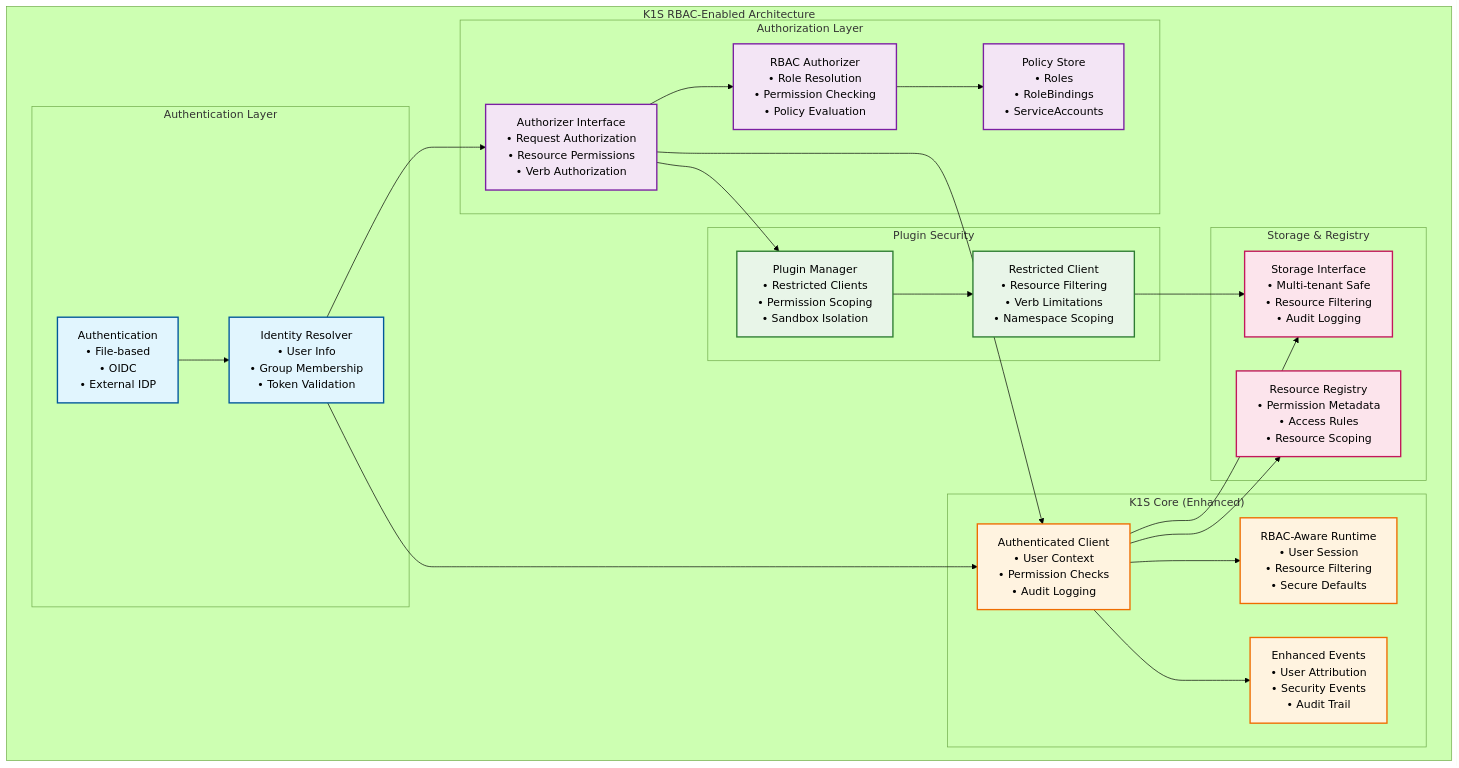
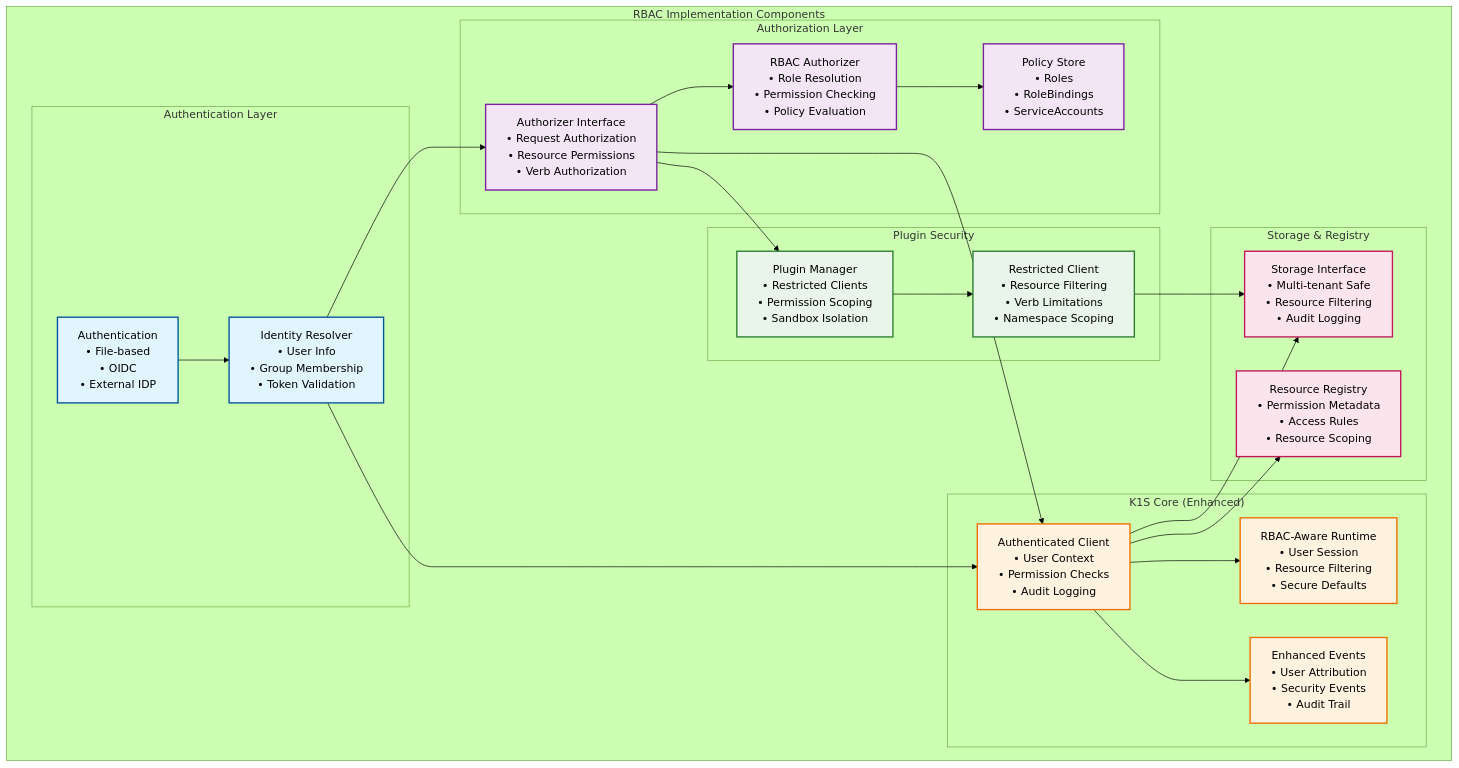
Before and after one commit to dtomasi/k1s: the diagram in docs/RBAC-Architecture.md, drawn with Mermaid (forest theme). The commit also changed other lines of this file and 1 other file, not shown here.

Commit message:
chore(architecture): Integrate RBAC into overall architecture Signed-off-by: Dominik Tomasi <dominik.tomasi@gmail.com>

````diff
--- a/docs/RBAC-Architecture.md
+++ b/docs/RBAC-Architecture.md
@@ -39,67 +43,67 @@
 ```mermaid
 graph TB
-    subgraph "K1S RBAC-Enabled Architecture"
+    subgraph "RBAC Implementation Components"
         subgraph "Authentication Layer"
             AUTH[Authentication<br/>• File-based<br/>• OIDC<br/>• External IDP]
             IDENTITY[Identity Resolver<br/>• User Info<br/>• Group Membership<br/>• Token Validation]
         end
         
         subgraph "Authorization Layer"
             AUTHZ[Authorizer Interface<br/>• Request Authorization<br/>• Resource Permissions<br/>• Verb Authorization]
             RBAC[RBAC Authorizer<br/>• Role Resolution<br/>• Permission Checking<br/>• Policy Evaluation]
             POLICY[Policy Store<br/>• Roles<br/>• RoleBindings<br/>• ServiceAccounts]
         end
         
         subgraph "K1S Core (Enhanced)"
             CLIENT[Authenticated Client<br/>• User Context<br/>• Permission Checks<br/>• Audit Logging]
             RUNTIME[RBAC-Aware Runtime<br/>• User Session<br/>• Resource Filtering<br/>• Secure Defaults]
             EVENTS[Enhanced Events<br/>• User Attribution<br/>• Security Events<br/>• Audit Trail]
         end
         
         subgraph "Plugin Security"
             PLUGIN_MGR[Plugin Manager<br/>• Restricted Clients<br/>• Permission Scoping<br/>• Sandbox Isolation]
             RESTRICTED[Restricted Client<br/>• Resource Filtering<br/>• Verb Limitations<br/>• Namespace Scoping]
         end
         
         subgraph "Storage & Registry"
             STORAGE[Storage Interface<br/>• Multi-tenant Safe<br/>• Resource Filtering<br/>• Audit Logging]
             REGISTRY[Resource Registry<br/>• Permission Metadata<br/>• Access Rules<br/>• Resource Scoping]
         end
     end
     
     %% Authentication Flow
     AUTH --> IDENTITY
     IDENTITY --> AUTHZ
     
     %% Authorization Flow
     AUTHZ --> RBAC
     RBAC --> POLICY
     
     %% Core Integration
     IDENTITY --> CLIENT
     AUTHZ --> CLIENT
     CLIENT --> RUNTIME
     CLIENT --> EVENTS
     
     %% Plugin Security
     AUTHZ --> PLUGIN_MGR
     PLUGIN_MGR --> RESTRICTED
     RESTRICTED --> STORAGE
     
     %% Storage Integration
     CLIENT --> STORAGE
     CLIENT --> REGISTRY
     
     %% Styling
     classDef auth fill:#e1f5fe,stroke:#01579b,stroke-width:2px
     classDef authz fill:#f3e5f5,stroke:#7b1fa2,stroke-width:2px  
     classDef core fill:#fff3e0,stroke:#ef6c00,stroke-width:2px
     classDef plugin fill:#e8f5e8,stroke:#2e7d32,stroke-width:2px
     classDef storage fill:#fce4ec,stroke:#c2185b,stroke-width:2px
     
     class AUTH,IDENTITY auth
     class AUTHZ,RBAC,POLICY authz
     class CLIENT,RUNTIME,EVENTS core
     class PLUGIN_MGR,RESTRICTED plugin
     class STORAGE,REGISTRY storage
 ```
````
